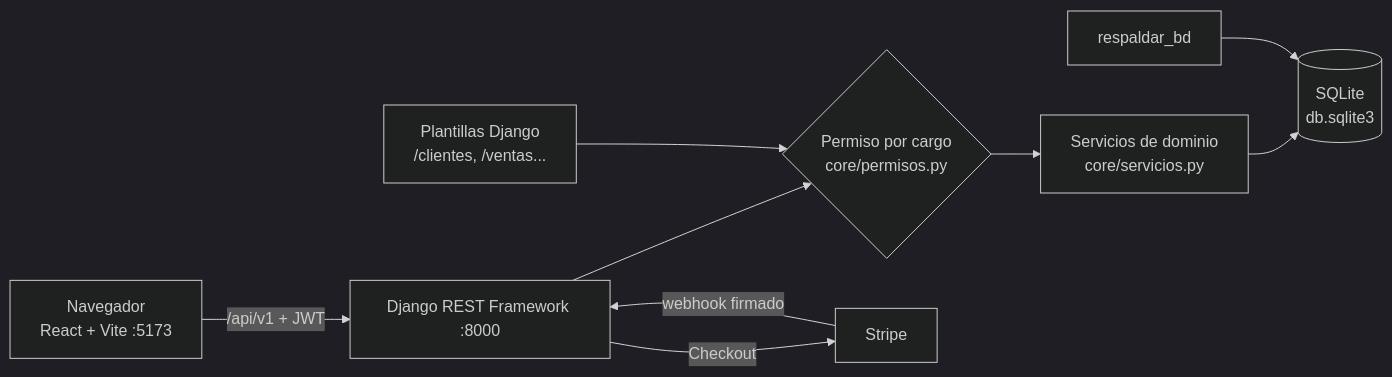
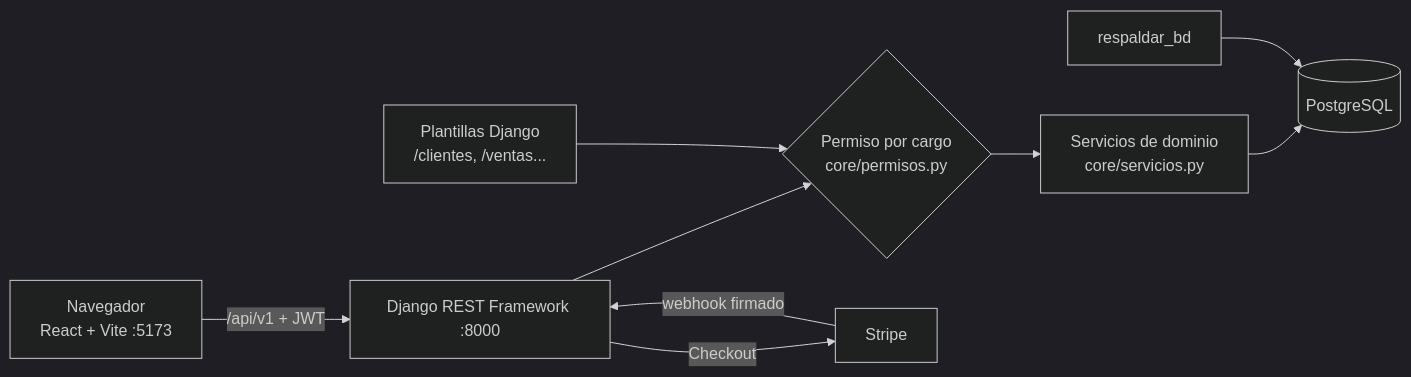
Before and after one commit to jfor26/mining-star: the diagram in docs/01-stack-y-arquitectura.md, drawn with Mermaid (dark theme). The commit also changed other lines of this file and 13 other files, not shown here.

First line of the commit message:
PostgreSQL como unica base de datos

````diff
--- a/docs/01-stack-y-arquitectura.md
+++ b/docs/01-stack-y-arquitectura.md
@@ -28,11 +28,11 @@
 ```mermaid
 flowchart LR
   N[Navegador<br/>React + Vite :5173] -- "/api/v1 + JWT" --> A[Django REST Framework :8000]
   A --> P{Permiso por cargo<br/>core/permisos.py}
   P --> S[Servicios de dominio<br/>core/servicios.py]
-  S --> BD[(SQLite<br/>db.sqlite3)]
+  S --> BD[(PostgreSQL)]
   A -- Checkout --> ST[Stripe]
   ST -- webhook firmado --> A
   W[Plantillas Django<br/>/clientes, /ventas...] --> P
   R[respaldar_bd] --> BD
 ```
````
